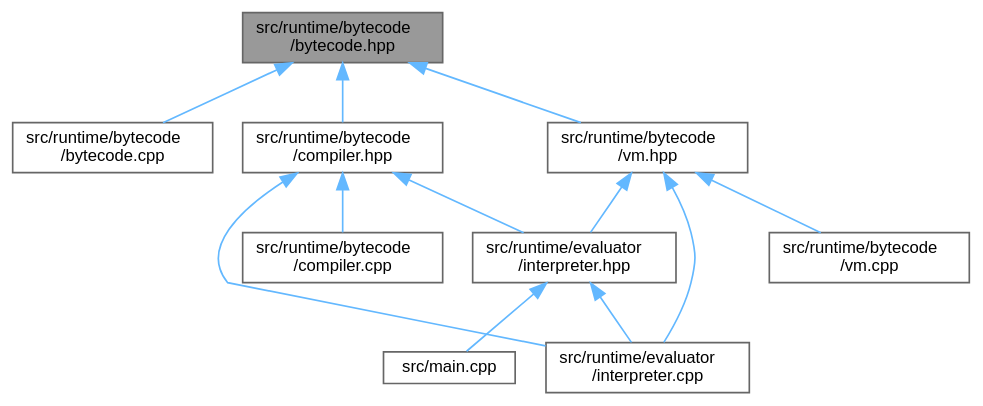
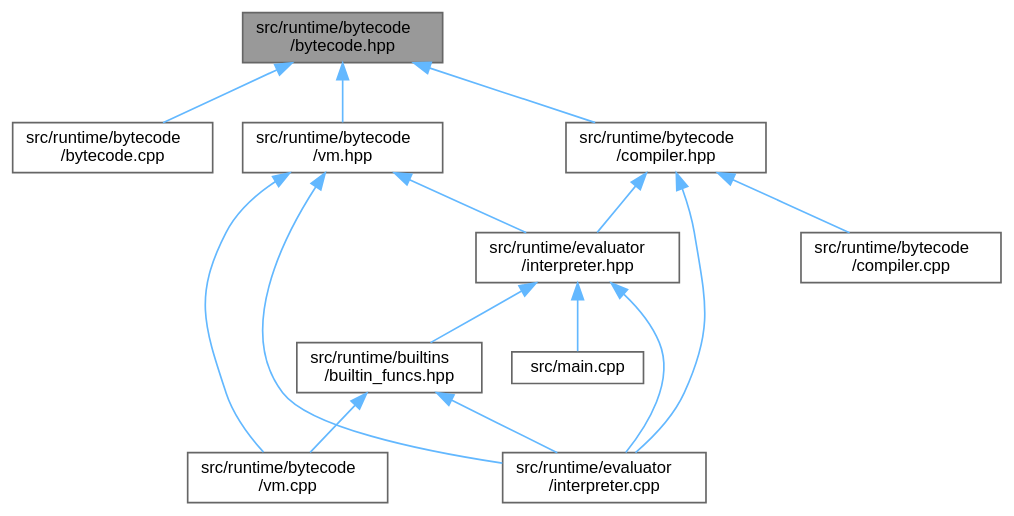
The diagram in pebbl/docs/bytecode_8hpp__dep__incl.dot (kejunp/kejunp.github.io), drawn with Graphviz before and after one commit. The commit also changed 49 other files, not shown here.

```diff
--- a/pebbl/docs/bytecode_8hpp__dep__incl.dot
+++ b/pebbl/docs/bytecode_8hpp__dep__incl.dot
@@ -1,27 +1,31 @@
 digraph "src/runtime/bytecode/bytecode.hpp"
 {
  // LATEX_PDF_SIZE
   bgcolor="transparent";
   edge [fontname=Helvetica,fontsize=10,labelfontname=Helvetica,labelfontsize=10];
   node [fontname=Helvetica,fontsize=10,shape=box,height=0.2,width=0.4];
   Node1 [id="Node000001",label="src/runtime/bytecode\l/bytecode.hpp",height=0.2,width=0.4,color="gray40", fillcolor="grey60", style="filled", fontcolor="black",tooltip="Bytecode instruction definitions and data structures for the PEBBL virtual machine."];
   Node1 -> Node2 [id="edge1_Node000001_Node000002",dir="back",color="steelblue1",style="solid",tooltip=" "];
   Node2 [id="Node000002",label="src/runtime/bytecode\l/bytecode.cpp",height=0.2,width=0.4,color="grey40", fillcolor="white", style="filled",URL="$bytecode_8cpp.html",tooltip="Implementation of bytecode utilities and debugging functions."];
   Node1 -> Node3 [id="edge2_Node000001_Node000003",dir="back",color="steelblue1",style="solid",tooltip=" "];
   Node3 [id="Node000003",label="src/runtime/bytecode\l/compiler.hpp",height=0.2,width=0.4,color="grey40", fillcolor="white", style="filled",URL="$compiler_8hpp.html",tooltip="AST to bytecode compiler for the PEBBL language."];
   Node3 -> Node4 [id="edge3_Node000003_Node000004",dir="back",color="steelblue1",style="solid",tooltip=" "];
   Node4 [id="Node000004",label="src/runtime/bytecode\l/compiler.cpp",height=0.2,width=0.4,color="grey40", fillcolor="white", style="filled",URL="$compiler_8cpp.html",tooltip="Implementation of the AST to bytecode compiler."];
   Node3 -> Node5 [id="edge4_Node000003_Node000005",dir="back",color="steelblue1",style="solid",tooltip=" "];
   Node5 [id="Node000005",label="src/runtime/evaluator\l/interpreter.cpp",height=0.2,width=0.4,color="grey40", fillcolor="white", style="filled",URL="$interpreter_8cpp.html",tooltip="Implementation of the main interpreter."];
   Node3 -> Node6 [id="edge5_Node000003_Node000006",dir="back",color="steelblue1",style="solid",tooltip=" "];
   Node6 [id="Node000006",label="src/runtime/evaluator\l/interpreter.hpp",height=0.2,width=0.4,color="grey40", fillcolor="white", style="filled",URL="$interpreter_8hpp.html",tooltip="Main interpreter/evaluator for executing PEBBL AST."];
   Node6 -> Node7 [id="edge6_Node000006_Node000007",dir="back",color="steelblue1",style="solid",tooltip=" "];
   Node7 [id="Node000007",label="src/main.cpp",height=0.2,width=0.4,color="grey40", fillcolor="white", style="filled",URL="$main_8cpp.html",tooltip="Main entry point for the PEBBL language interpreter."];
-  Node6 -> Node5 [id="edge7_Node000006_Node000005",dir="back",color="steelblue1",style="solid",tooltip=" "];
-  Node1 -> Node8 [id="edge8_Node000001_Node000008",dir="back",color="steelblue1",style="solid",tooltip=" "];
-  Node8 [id="Node000008",label="src/runtime/bytecode\l/vm.hpp",height=0.2,width=0.4,color="grey40", fillcolor="white", style="filled",URL="$vm_8hpp.html",tooltip="Virtual machine for executing PEBBL bytecode."];
-  Node8 -> Node9 [id="edge9_Node000008_Node000009",dir="back",color="steelblue1",style="solid",tooltip=" "];
+  Node6 -> Node8 [id="edge7_Node000006_Node000008",dir="back",color="steelblue1",style="solid",tooltip=" "];
+  Node8 [id="Node000008",label="src/runtime/builtins\l/builtin_funcs.hpp",height=0.2,width=0.4,color="grey40", fillcolor="white", style="filled",URL="$builtin__funcs_8hpp.html",tooltip="Implementation of all PEBBL builtin functions."];
+  Node8 -> Node9 [id="edge8_Node000008_Node000009",dir="back",color="steelblue1",style="solid",tooltip=" "];
   Node9 [id="Node000009",label="src/runtime/bytecode\l/vm.cpp",height=0.2,width=0.4,color="grey40", fillcolor="white", style="filled",URL="$vm_8cpp.html",tooltip="Implementation of the PEBBL virtual machine."];
-  Node8 -> Node5 [id="edge10_Node000008_Node000005",dir="back",color="steelblue1",style="solid",tooltip=" "];
-  Node8 -> Node6 [id="edge11_Node000008_Node000006",dir="back",color="steelblue1",style="solid",tooltip=" "];
+  Node8 -> Node5 [id="edge9_Node000008_Node000005",dir="back",color="steelblue1",style="solid",tooltip=" "];
+  Node6 -> Node5 [id="edge10_Node000006_Node000005",dir="back",color="steelblue1",style="solid",tooltip=" "];
+  Node1 -> Node10 [id="edge11_Node000001_Node000010",dir="back",color="steelblue1",style="solid",tooltip=" "];
+  Node10 [id="Node000010",label="src/runtime/bytecode\l/vm.hpp",height=0.2,width=0.4,color="grey40", fillcolor="white", style="filled",URL="$vm_8hpp.html",tooltip="Virtual machine for executing PEBBL bytecode."];
+  Node10 -> Node9 [id="edge12_Node000010_Node000009",dir="back",color="steelblue1",style="solid",tooltip=" "];
+  Node10 -> Node5 [id="edge13_Node000010_Node000005",dir="back",color="steelblue1",style="solid",tooltip=" "];
+  Node10 -> Node6 [id="edge14_Node000010_Node000006",dir="back",color="steelblue1",style="solid",tooltip=" "];
 }
```
